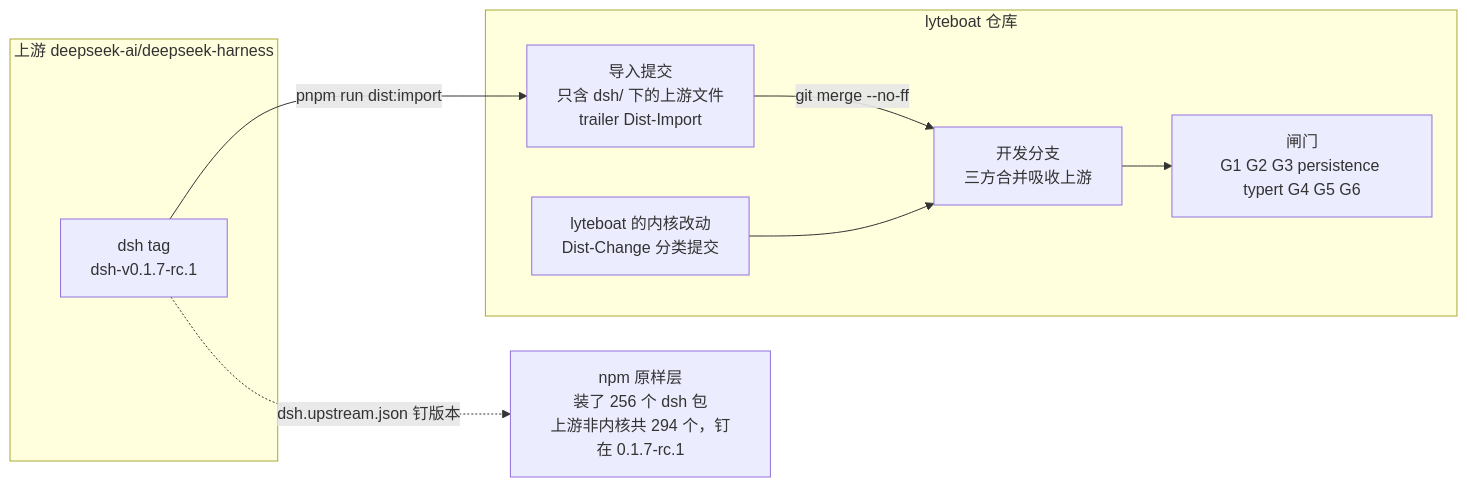
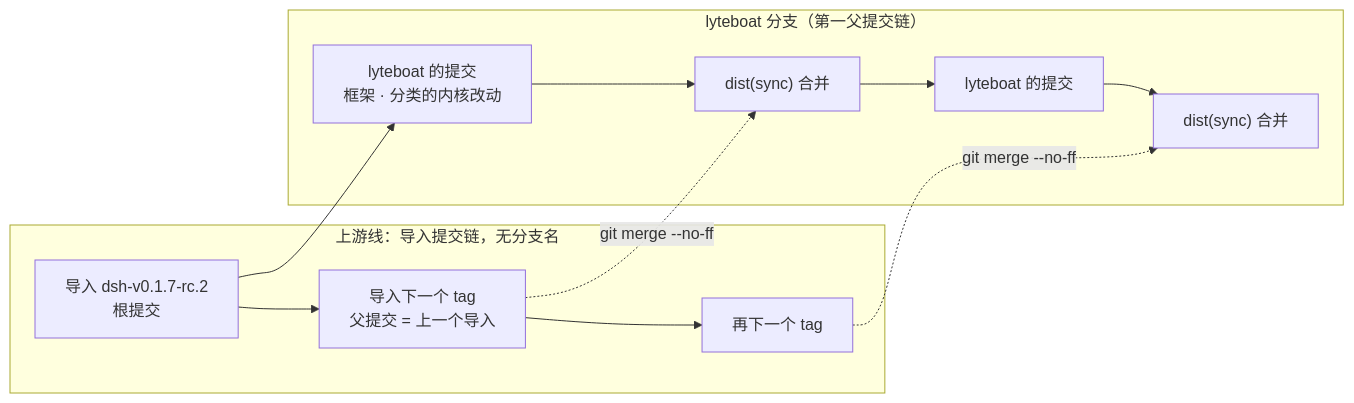
Before and after one commit to lyteboat/boat: the first of 3 diagrams in docs/02-distribution.md, drawn with Mermaid. The commit also changed other lines of this file, not shown here.

````diff
--- a/docs/02-distribution.md
+++ b/docs/02-distribution.md
@@ -47,18 +240,12 @@
 ```mermaid
 flowchart LR
-  subgraph UP["上游 deepseek-ai/deepseek-harness"]
-    TAG["dsh tag<br/>dsh-v0.1.7-rc.1"]
+  subgraph LINE["上游线：导入提交链，无分支名"]
+    I1["导入 dsh-v0.1.7-rc.2<br/>根提交"] --> I2["导入下一个 tag<br/>父提交 = 上一个导入"] --> I3["再下一个 tag"]
   end
-  subgraph REPO["lyteboat 仓库"]
-    IMP["导入提交<br/>只含 dsh/ 下的上游文件<br/>trailer Dist-Import"]
-    CH["lyteboat 的内核改动<br/>Dist-Change 分类提交"]
-    BR["开发分支<br/>三方合并吸收上游"]
-    GATES["闸门<br/>G1 G2 G3 persistence typert G4 G5 G6"]
+  subgraph BRANCH["lyteboat 分支（第一父提交链）"]
+    C1["lyteboat 的提交<br/>框架 · 分类的内核改动"] --> M1["dist(sync) 合并"] --> C2["lyteboat 的提交"] --> M2["dist(sync) 合并"]
   end
-  NPM["npm 原样层<br/>装了 256 个 dsh 包<br/>上游非内核共 294 个，钉在 0.1.7-rc.1"]
-  TAG -->|"pnpm run dist:import"| IMP
-  IMP -->|"git merge --no-ff"| BR
-  CH --> BR
-  BR --> GATES
-  TAG -.->|"dsh.upstream.json 钉版本"| NPM
+  I1 --> C1
+  I2 -.->|"git merge --no-ff"| M1
+  I3 -.->|"git merge --no-ff"| M2
 ```
````
